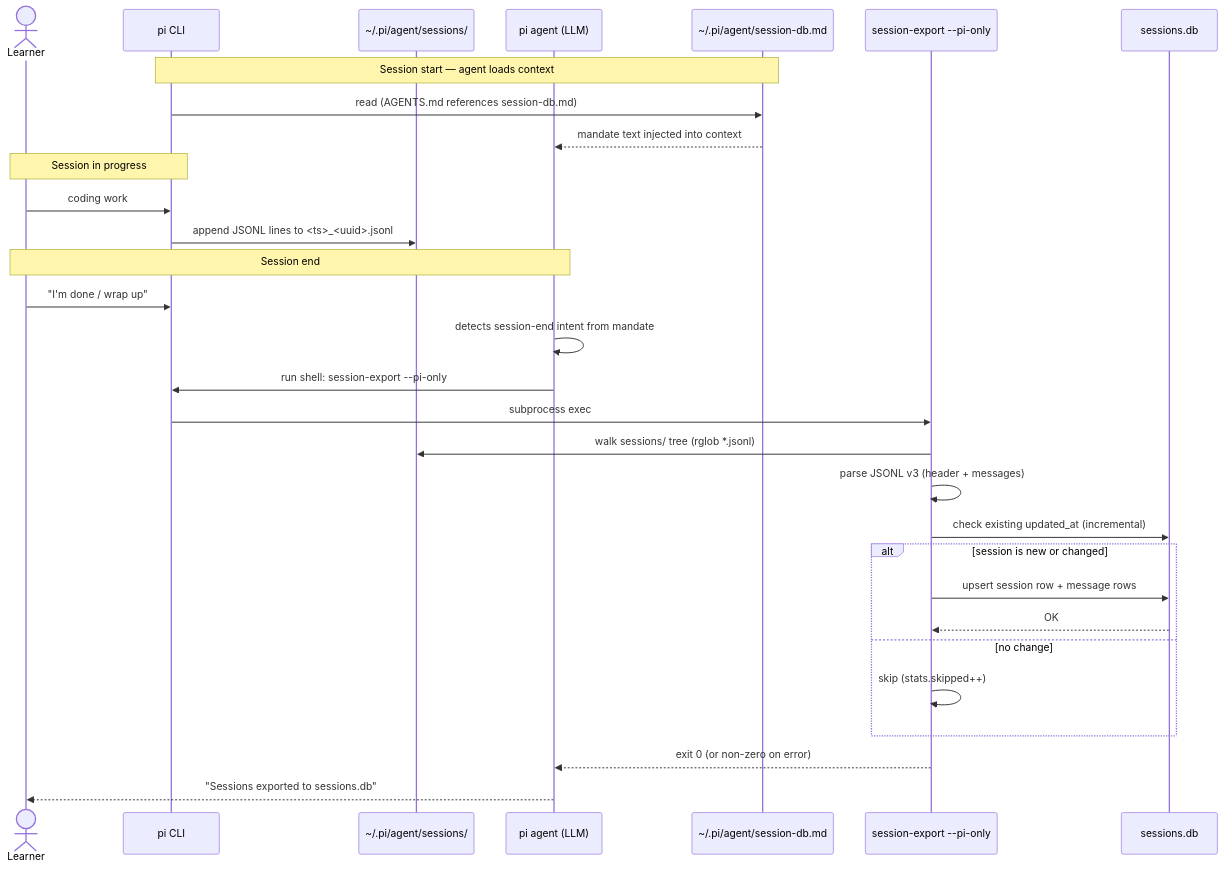
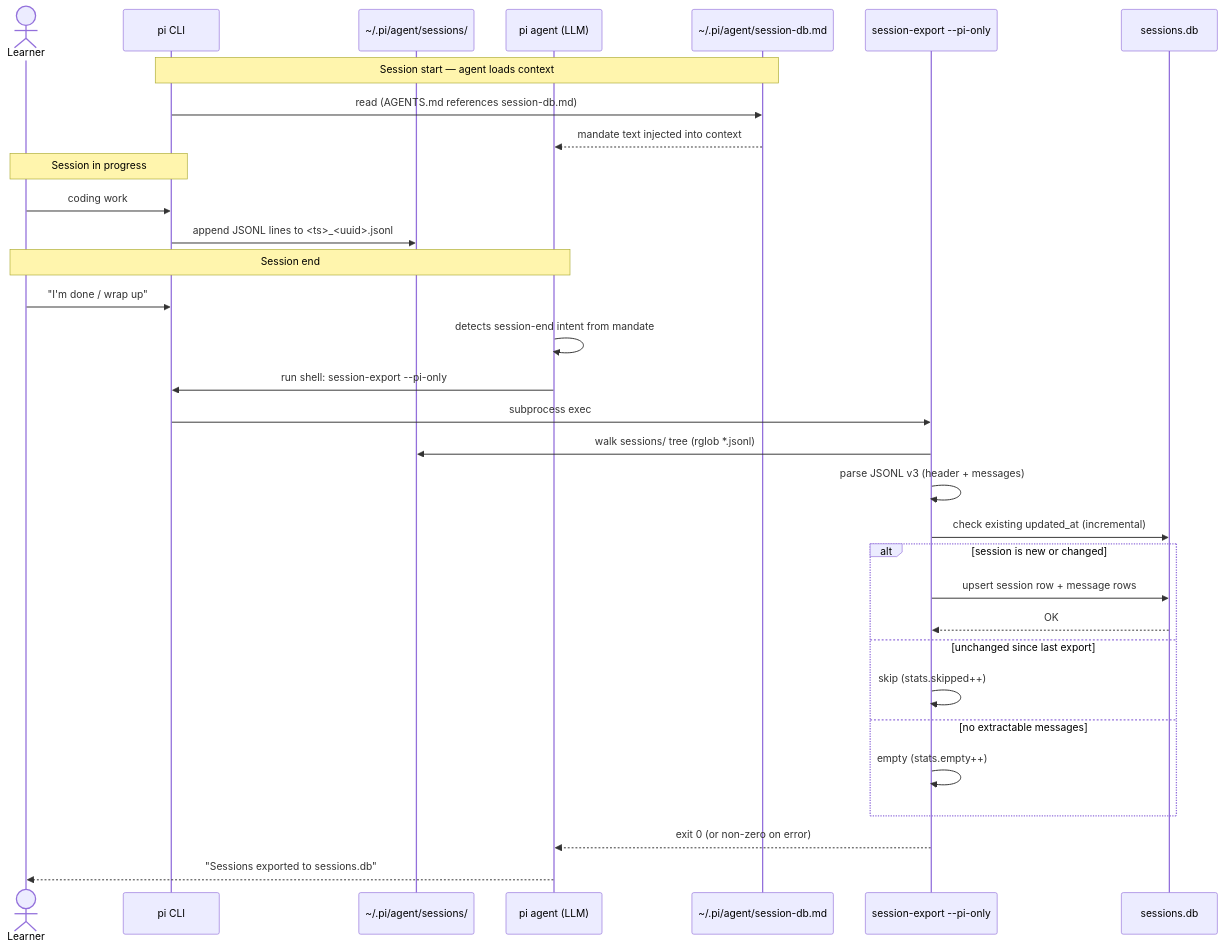
Before and after one commit to NetDevAutomate/StudyLoop: the third of 3 diagrams in docs/architecture/pi-omp-harness-integration.md, drawn with Mermaid. The commit also changed other lines of this file and 1 other file, not shown here.

First line of the commit message:
docs(export): document skipped/empty split + CLI entry-point fix

````diff
--- a/docs/architecture/pi-omp-harness-integration.md
+++ b/docs/architecture/pi-omp-harness-integration.md
@@ -217,36 +226,38 @@
 ```mermaid
 sequenceDiagram
   actor Learner
   participant pi as pi CLI
   participant FS as ~/.pi/agent/sessions/
   participant Agent as pi agent (LLM)
   participant MandateFile as ~/.pi/agent/session-db.md
   participant Exporter as session-export --pi-only
   participant DB as sessions.db
 
   Note over pi, MandateFile: Session start — agent loads context
   pi->>MandateFile: read (AGENTS.md references session-db.md)
   MandateFile-->>Agent: mandate text injected into context
 
   Note over Learner, pi: Session in progress
   Learner->>pi: coding work
   pi->>FS: append JSONL lines to <ts>_<uuid>.jsonl
 
   Note over Learner, Agent: Session end
   Learner->>pi: "I'm done / wrap up"
   Agent->>Agent: detects session-end intent from mandate
   Agent->>pi: run shell: session-export --pi-only
   pi->>Exporter: subprocess exec
 
   Exporter->>FS: walk sessions/ tree (rglob *.jsonl)
   Exporter->>Exporter: parse JSONL v3 (header + messages)
   Exporter->>DB: check existing updated_at (incremental)
   alt session is new or changed
     Exporter->>DB: upsert session row + message rows
     DB-->>Exporter: OK
-  else no change
+  else unchanged since last export
     Exporter->>Exporter: skip (stats.skipped++)
+  else no extractable messages
+    Exporter->>Exporter: empty (stats.empty++)
   end
   Exporter-->>Agent: exit 0 (or non-zero on error)
   Agent-->>Learner: "Sessions exported to sessions.db"
 ```
````
